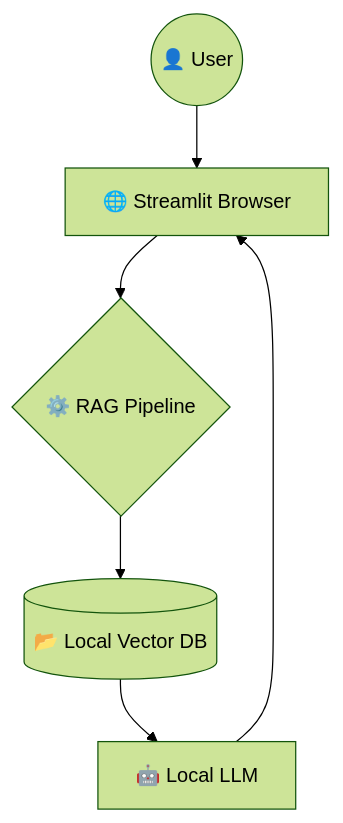
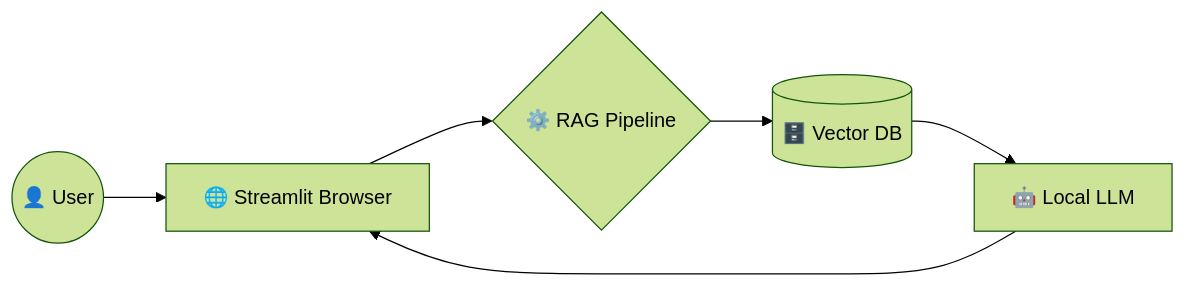
One commit to nonDuck3/pilat_ai_assistant changed the third of 4 diagrams in README.md. Above: the diagram before and after it, drawn with Mermaid (forest theme). The commit also changed other lines of this file, not shown here.

````diff
--- a/README.md
+++ b/README.md
@@ -83,8 +83,8 @@
 ``` mermaid
-graph TD
+graph LR
     User((👤 User)) --> UI[🌐 Streamlit Browser]
     UI --> Logic{⚙️ RAG Pipeline}
-    Logic --> VDB[(📂 Local Vector DB)]
+    Logic --> VDB[(🗄️ Vector DB)]
     VDB --> LLM[🤖 Local LLM]
     LLM --> UI
 ```
````
